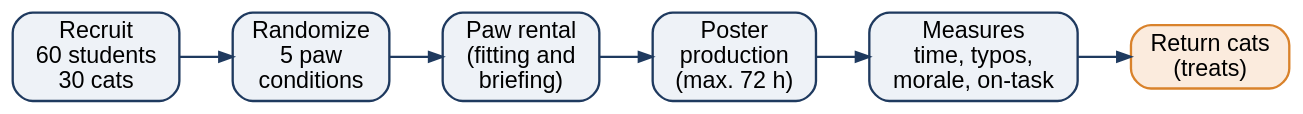
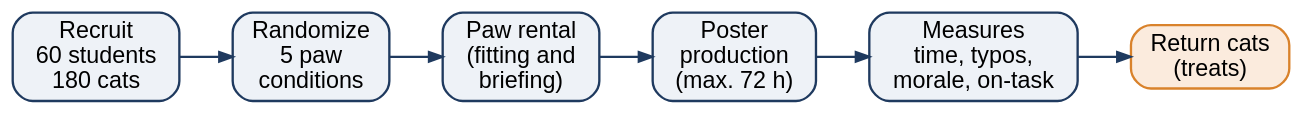
One commit to YukiInoueNakata/research_poster_studio changed the diagram in examples/sample-cat-paws-en/figures/procedure.dot. Above: the diagram before and after it, drawn with Graphviz. The commit also changed 10 other files, not shown here.

```diff
--- a/examples/sample-cat-paws-en/figures/procedure.dot
+++ b/examples/sample-cat-paws-en/figures/procedure.dot
@@ -1,15 +1,15 @@
 digraph procedure {
   rankdir=LR;
   graph [fontname="Helvetica", nodesep=0.35, ranksep=0.45, bgcolor="transparent"];
   node  [shape=box, style="rounded,filled", fillcolor="#EEF2F7", color="#1F3A5F", fontname="Helvetica", fontsize=14, penwidth=1.4];
   edge  [color="#1F3A5F", penwidth=1.4, arrowsize=0.8];
 
-  recruit  [label="Recruit\n60 students\n30 cats"];
+  recruit  [label="Recruit\n60 students\n180 cats"];
   rand     [label="Randomize\n5 paw\nconditions"];
   rent     [label="Paw rental\n(fitting and\nbriefing)"];
   produce  [label="Poster\nproduction\n(max. 72 h)"];
   measure  [label="Measures\ntime, typos,\nmorale, on-task"];
   release  [label="Return cats\n(treats)", fillcolor="#FBEBDD", color="#D9822B"];
 
   recruit -> rand -> rent -> produce -> measure -> release;
 }
```
